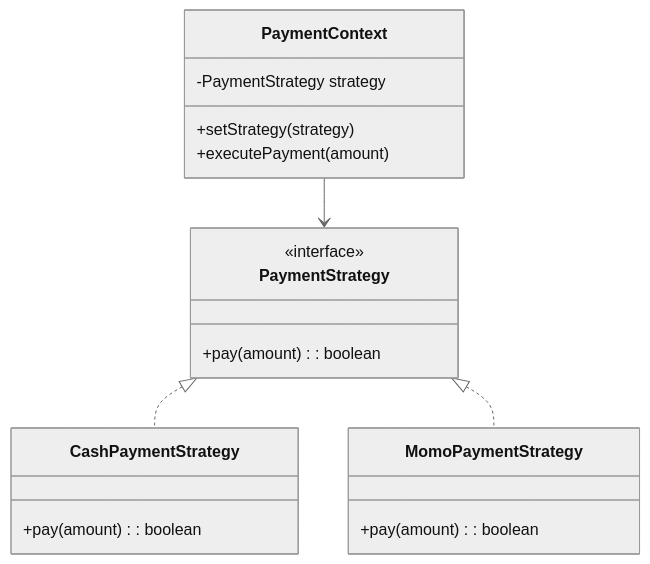
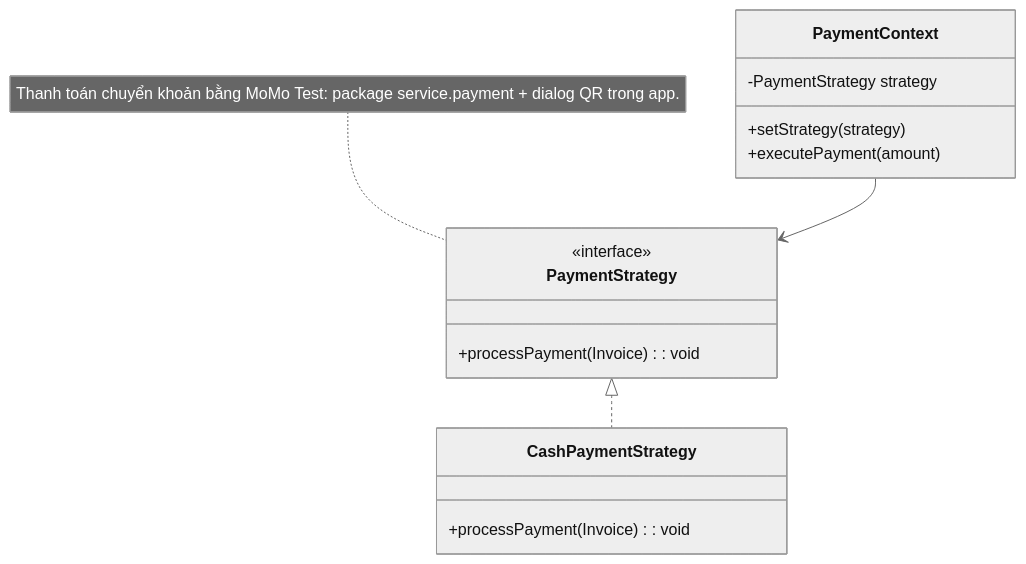
One commit to Coffat/F3_Cinema changed the third of 5 diagrams in README.md. Above: the diagram before and after it, drawn with Mermaid (neutral theme). The commit also changed other lines of this file and 30 other files, not shown here.

````diff
--- a/README.md
+++ b/README.md
@@ -201,21 +201,18 @@
 ```mermaid
 classDiagram
     class PaymentContext {
         -PaymentStrategy strategy
         +setStrategy(strategy)
         +executePayment(amount)
     }
     class PaymentStrategy {
         <<interface>>
-        +pay(amount): boolean
+        +processPayment(Invoice): void
     }
     class CashPaymentStrategy {
-        +pay(amount): boolean
-    }
-    class MomoPaymentStrategy {
-        +pay(amount): boolean
+        +processPayment(Invoice): void
     }
     PaymentContext --> PaymentStrategy
     PaymentStrategy <|.. CashPaymentStrategy
-    PaymentStrategy <|.. MomoPaymentStrategy
+    note for PaymentStrategy "Thanh toán chuyển khoản bằng MoMo Test: package service.payment + dialog QR trong app."
 ```
````
